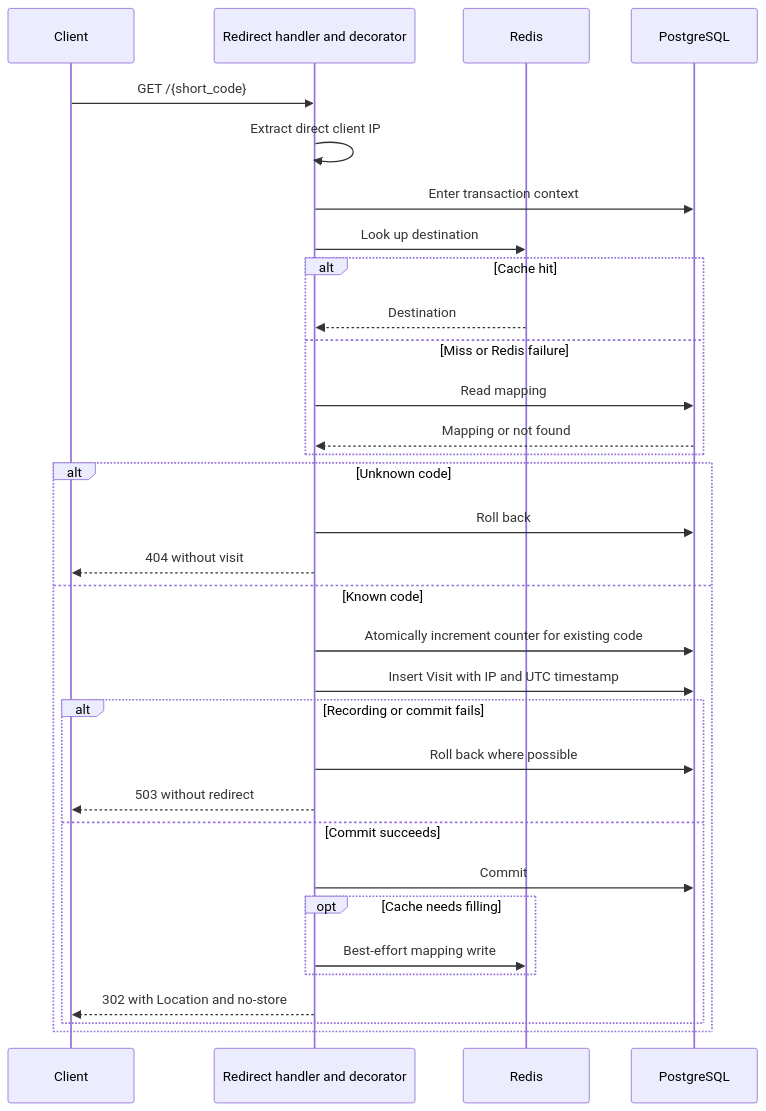
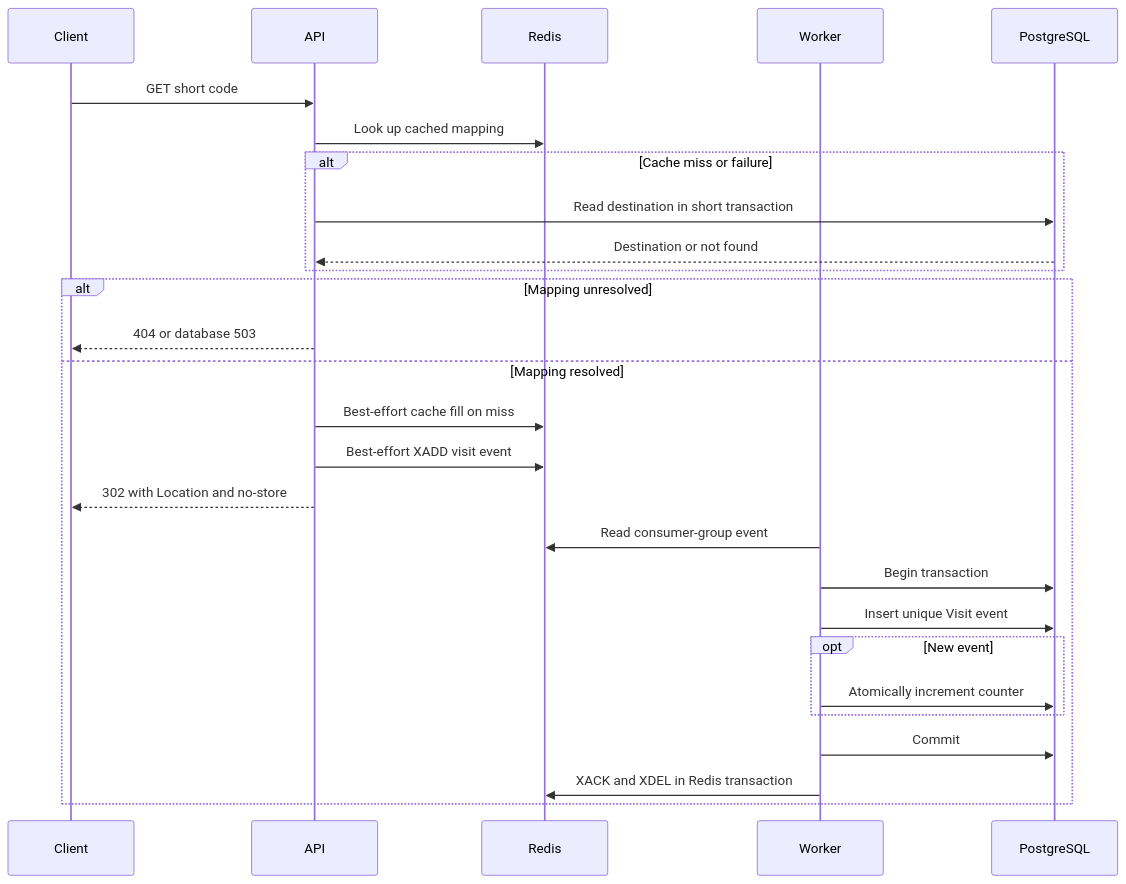
The diagram in flows.md (donnie-blurry/url-shortener), drawn with Mermaid before and after one commit. The commit also changed other lines of this file and 6 other files, not shown here.

Commit message:
Document best-effort queued analytics and worker operations

````diff
--- a/flows.md
+++ b/flows.md
@@ -38,34 +25,29 @@
 ```mermaid
 sequenceDiagram
     participant Client
-    participant App as Redirect handler and decorator
-    participant Cache as Redis
-    participant DB as PostgreSQL
-    Client->>App: GET /{short_code}
-    App->>App: Extract direct client IP
-    App->>DB: Enter transaction context
-    App->>Cache: Look up destination
-    alt Cache hit
-        Cache-->>App: Destination
-    else Miss or Redis failure
-        App->>DB: Read mapping
-        DB-->>App: Mapping or not found
+    participant API
+    participant Redis
+    participant Worker
+    participant PG as PostgreSQL
+    Client->>API: GET short code
+    API->>Redis: Look up cached mapping
+    alt Cache miss or failure
+        API->>PG: Read destination in short transaction
+        PG-->>API: Destination or not found
     end
-    alt Unknown code
-        App->>DB: Roll back
-        App-->>Client: 404 without visit
-    else Known code
-        App->>DB: Atomically increment counter for existing code
-        App->>DB: Insert Visit with IP and UTC timestamp
-        alt Recording or commit fails
-            App->>DB: Roll back where possible
-            App-->>Client: 503 without redirect
-        else Commit succeeds
-            App->>DB: Commit
-            opt Cache needs filling
-                App->>Cache: Best-effort mapping write
-            end
-            App-->>Client: 302 with Location and no-store
+    alt Mapping unresolved
+        API-->>Client: 404 or database 503
+    else Mapping resolved
+        API->>Redis: Best-effort cache fill on miss
+        API->>Redis: Best-effort XADD visit event
+        API-->>Client: 302 with Location and no-store
+        Worker->>Redis: Read consumer-group event
+        Worker->>PG: Begin transaction
+        Worker->>PG: Insert unique Visit event
+        opt New event
+            Worker->>PG: Atomically increment counter
         end
+        Worker->>PG: Commit
+        Worker->>Redis: XACK and XDEL in Redis transaction
     end
 ```
````
